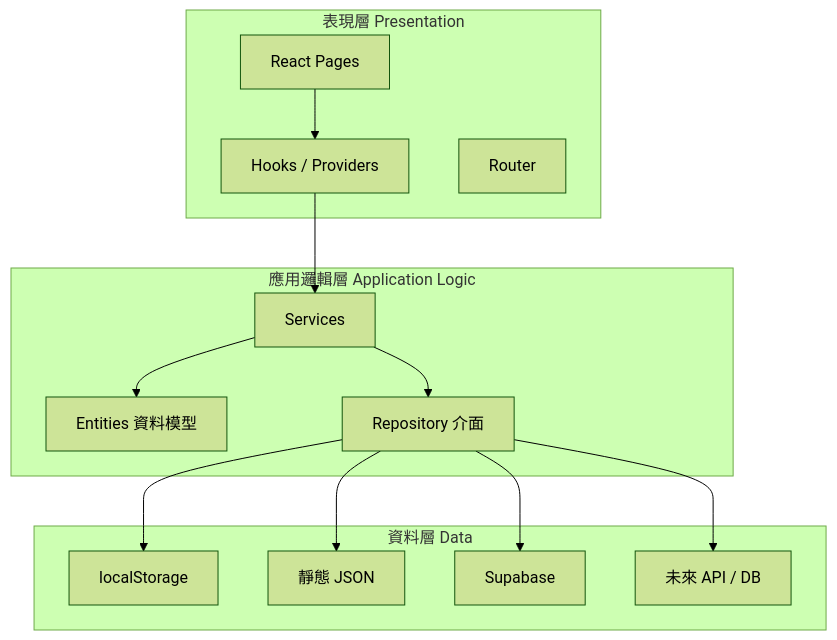
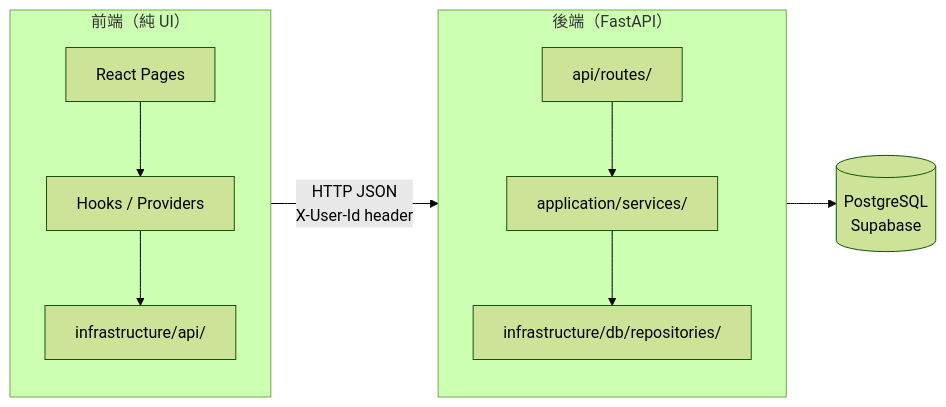
The diagram in docs/ARCHITECTURE.md (M499i3/BlindBox), drawn with Mermaid (forest theme) before and after one commit. The commit also changed other lines of this file and 5 other files, not shown here.

Commit message:
docs: 更新所有 README 與架構文件至 FastAPI 後端架構

````diff
--- a/docs/ARCHITECTURE.md
+++ b/docs/ARCHITECTURE.md
@@ -235,30 +17,25 @@
 ```mermaid
-flowchart TB
-  subgraph PL["表現層 Presentation"]
+flowchart LR
+  subgraph FE["前端（純 UI）"]
+    direction TB
     Pages[React Pages]
     Hooks[Hooks / Providers]
-    Router[Router]
+    API_Client[infrastructure/api/]
   end
 
-  subgraph AL["應用邏輯層 Application Logic"]
-    Svc[Services]
-    Model[Entities 資料模型]
-    Port[Repository 介面]
+  subgraph BE["後端（FastAPI）"]
+    direction TB
+    Routes[api/routes/]
+    Services[application/services/]
+    Repos[infrastructure/db/repositories/]
   end
 
-  subgraph DL["資料層 Data"]
-    Local[localStorage]
-    JSON[靜態 JSON]
-    SB[Supabase]
-    API[未來 API / DB]
-  end
+  DB[(PostgreSQL\nSupabase)]
 
   Pages --> Hooks
-  Hooks --> Svc
-  Svc --> Port
-  Port --> Local
-  Port --> JSON
-  Port --> SB
-  Port --> API
-  Svc --> Model
+  Hooks --> API_Client
+  API_Client -->|"HTTP JSON\nX-User-Id header"| Routes
+  Routes --> Services
+  Services --> Repos
+  Repos --> DB
 ```
````
